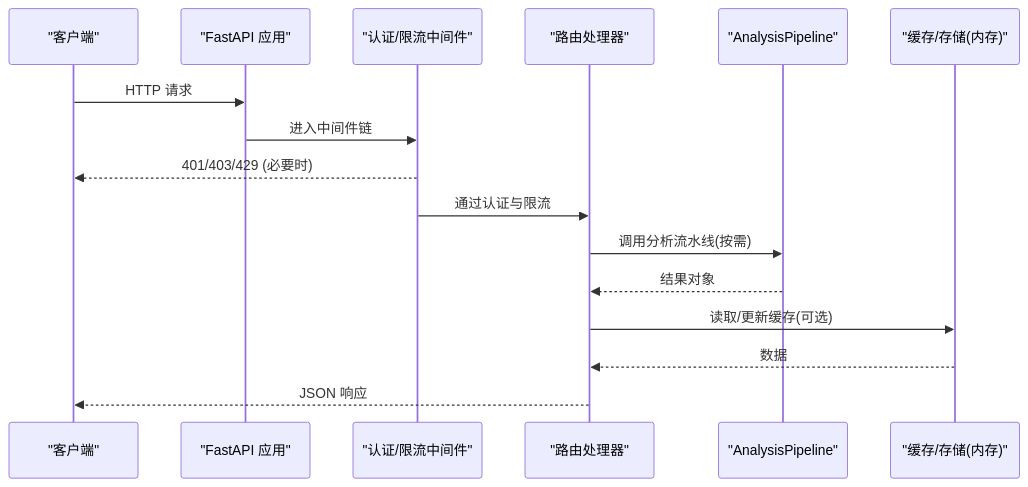
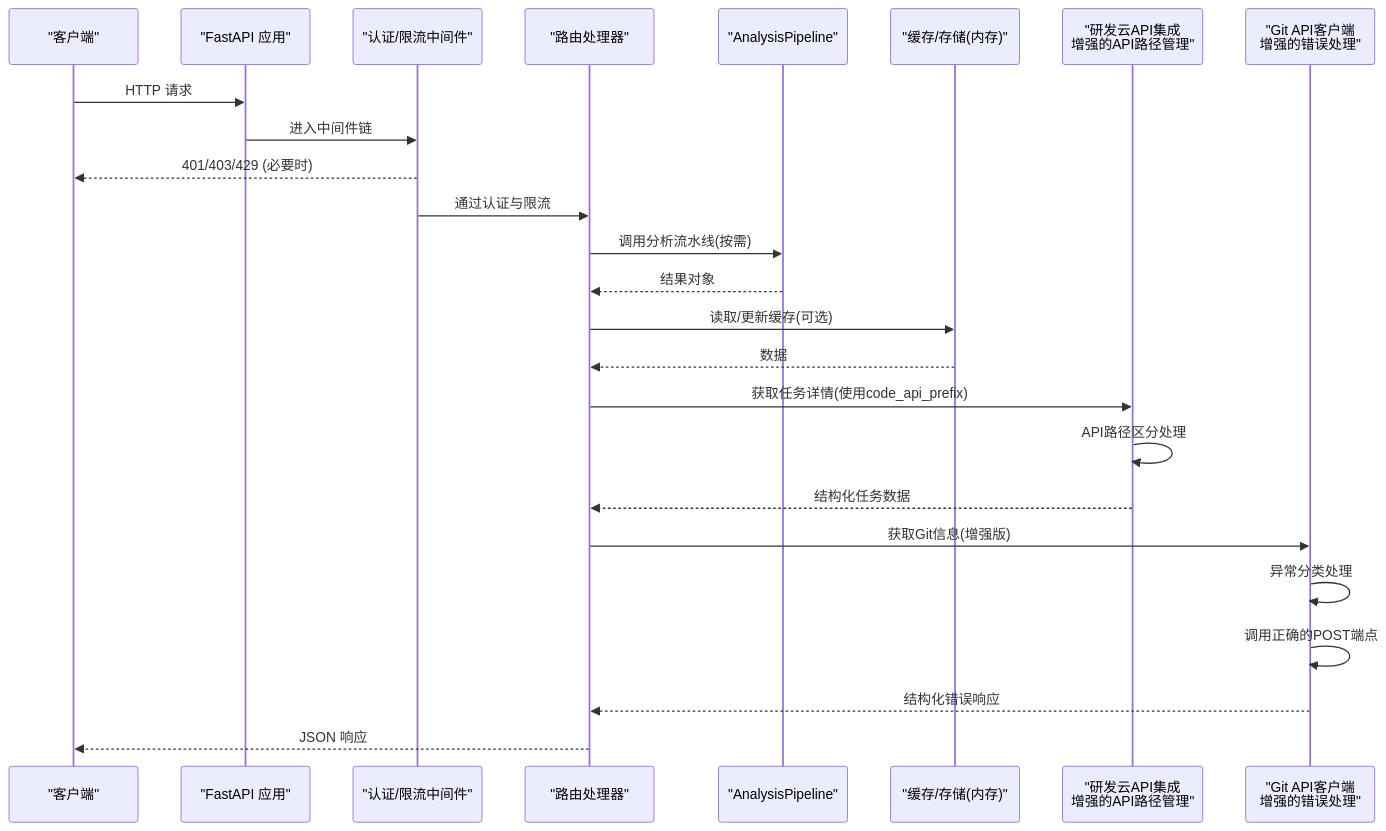
Before and after one commit to boyingliu01/fault-review-analyzer: the second of 5 diagrams in .qoder/repowiki/zh/content/API接口文档/API接口文档.md, drawn with Mermaid. The commit also changed other lines of this file and 125 other files, not shown here.

````diff
--- a/.qoder/repowiki/zh/content/API接口文档/API接口文档.md
+++ b/.qoder/repowiki/zh/content/API接口文档/API接口文档.md
@@ -84,18 +119,27 @@
 ```mermaid
 sequenceDiagram
 participant Client as "客户端"
 participant App as "FastAPI 应用"
 participant MW as "认证/限流中间件"
 participant Router as "路由处理器"
 participant Pipe as "AnalysisPipeline"
 participant Store as "缓存/存储(内存)"
+participant DevCloudAPI as "研发云API集成<br/>增强的API路径管理"
+participant GitClient as "Git API客户端<br/>增强的错误处理"
 Client->>App : HTTP 请求
 App->>MW : 进入中间件链
 MW-->>Client : 401/403/429 (必要时)
 MW->>Router : 通过认证与限流
 Router->>Pipe : 调用分析流水线(按需)
 Pipe-->>Router : 结果对象
 Router->>Store : 读取/更新缓存(可选)
 Store-->>Router : 数据
+Router->>DevCloudAPI : 获取任务详情(使用code_api_prefix)
+DevCloudAPI->>DevCloudAPI : API路径区分处理
+DevCloudAPI-->>Router : 结构化任务数据
+Router->>GitClient : 获取Git信息(增强版)
+GitClient->>GitClient : 异常分类处理
+GitClient->>GitClient : 调用正确的POST端点
+GitClient-->>Router : 结构化错误响应
 Router-->>Client : JSON 响应
 ```
````
